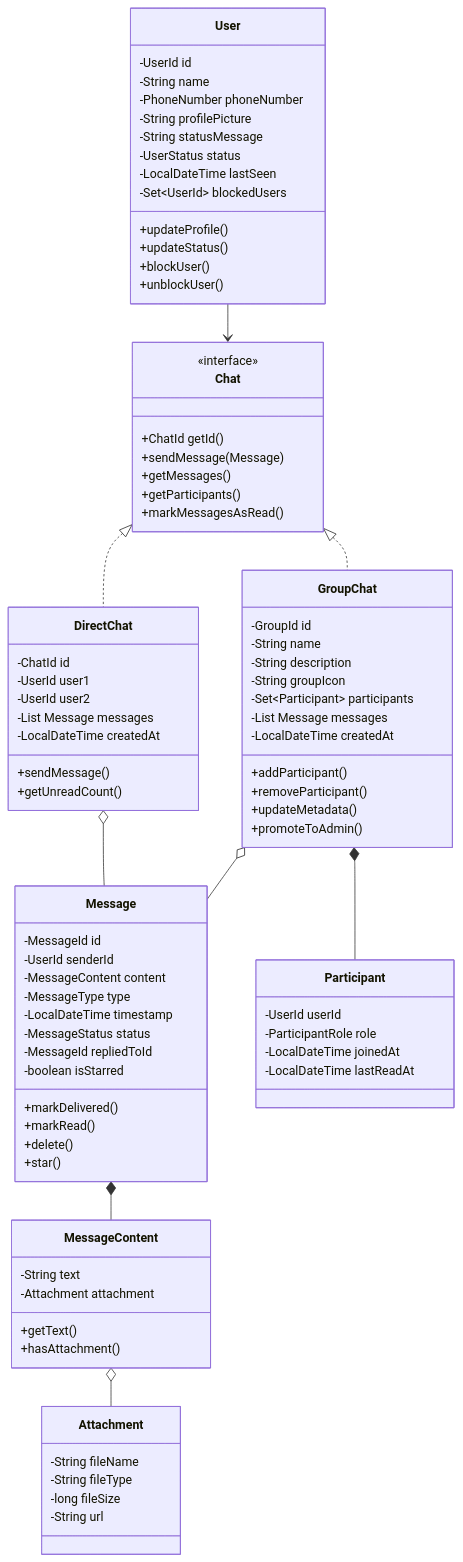
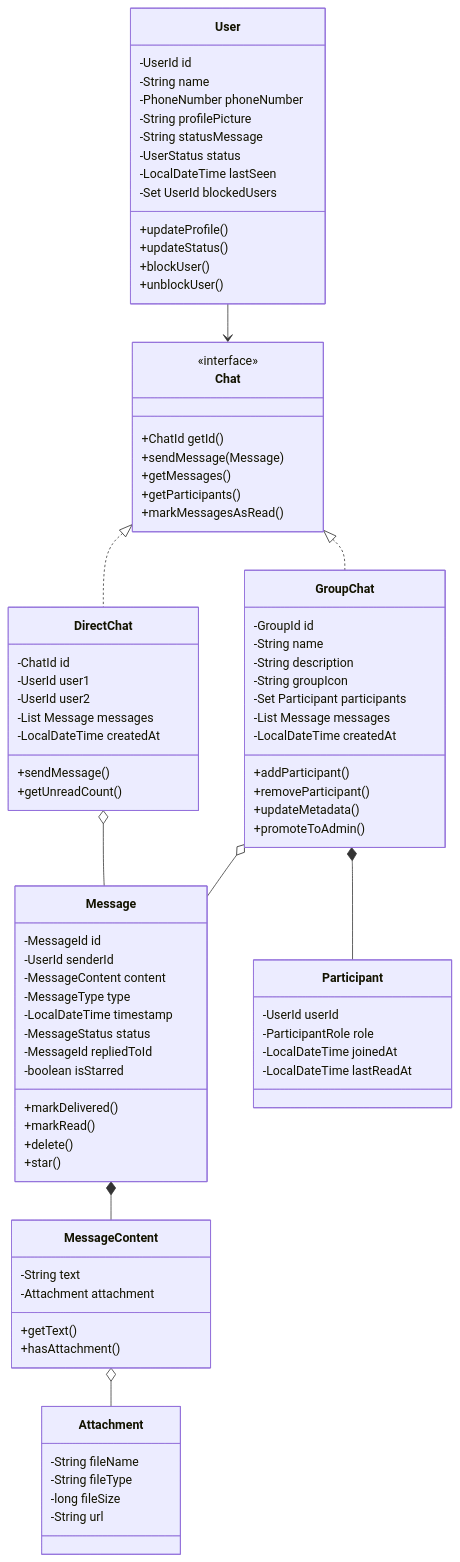
The first of 6 diagrams in docs/problems/whatsapp/README.md (dlkr18/lld-playbook), drawn with Mermaid before and after one commit. The commit also changed other lines of this file and 29 other files, not shown here.

First line of the commit message:
Fix Mermaid rendering: downgrade to v9, aggressive classDiagram sanitization.

```diff
--- a/docs/problems/whatsapp/README.md
+++ b/docs/problems/whatsapp/README.md
@@ -182,7 +182,7 @@
         -String statusMessage
         -UserStatus status
         -LocalDateTime lastSeen
-        -Set~UserId~ blockedUsers
+        -Set UserId blockedUsers
         +updateProfile()
         +updateStatus()
         +blockUser()
@@ -228,7 +228,7 @@
         -String name
         -String description
         -String groupIcon
-        -Set~Participant~ participants
+        -Set Participant participants
         -List Message messages
         -LocalDateTime createdAt
         +addParticipant()
```
